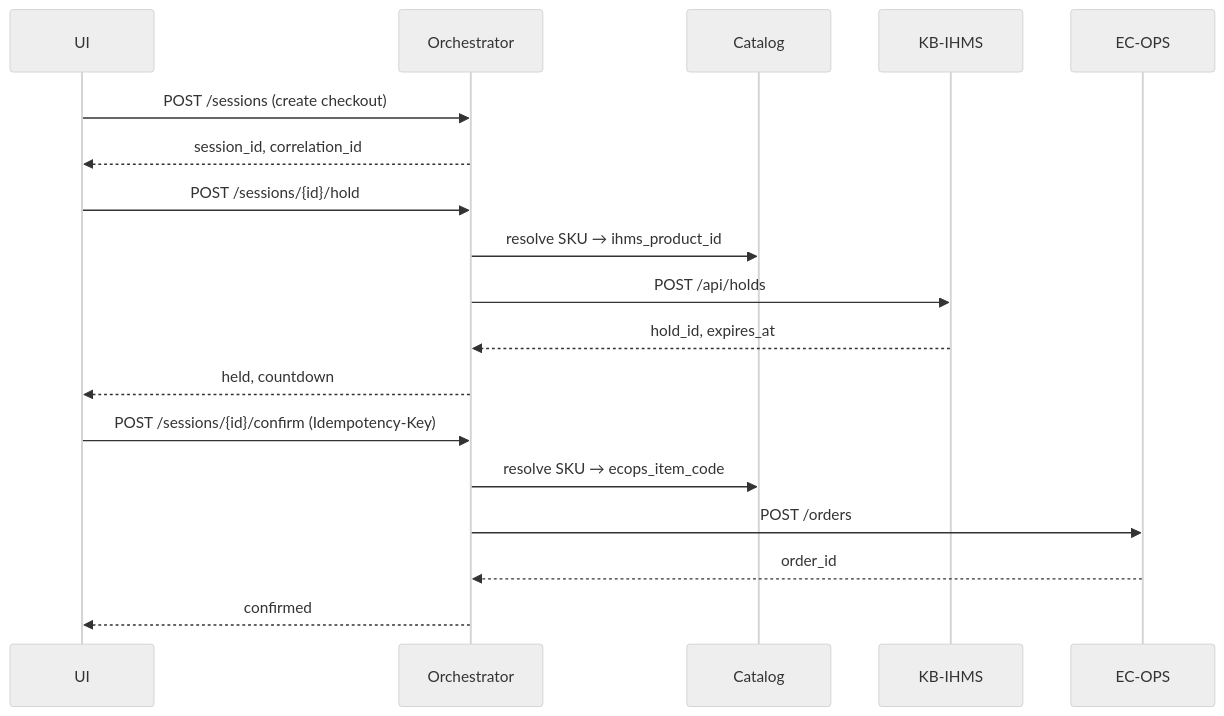
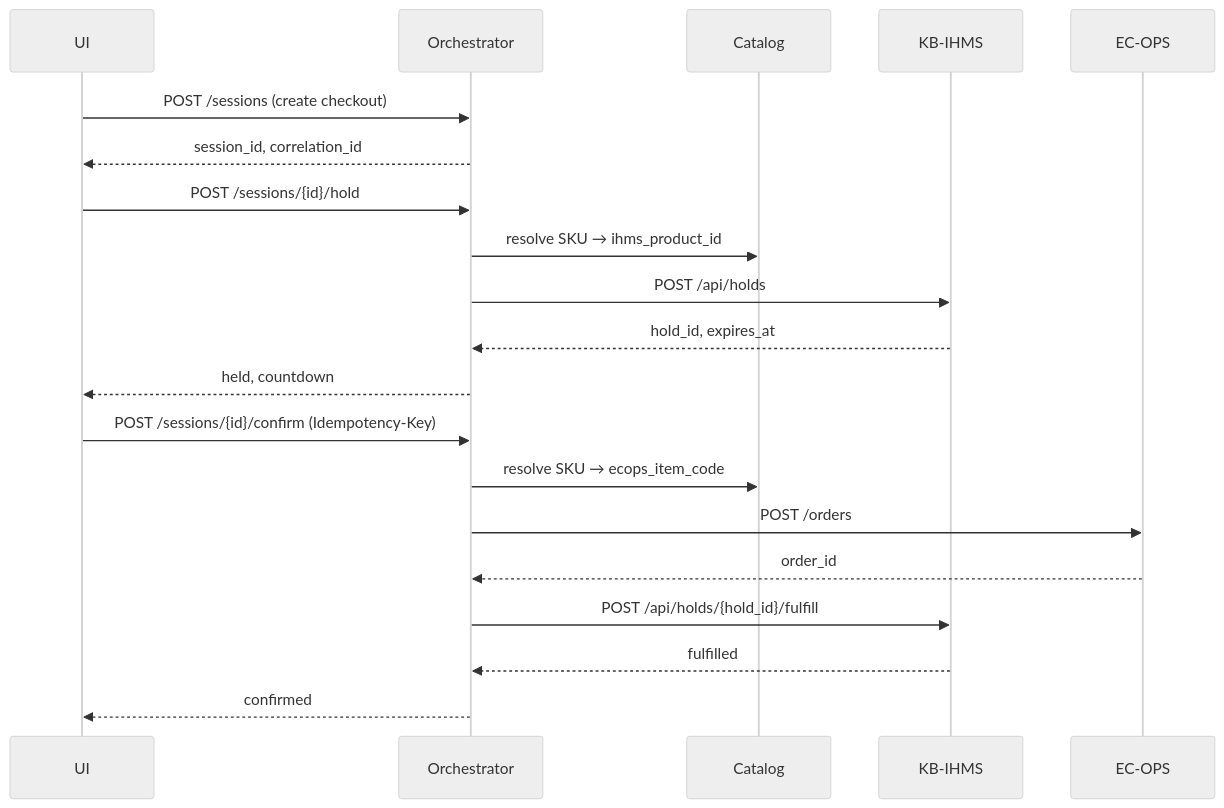
One commit to iamkaranvalecha/IHMS-OMS changed the diagram in docs/sequences/checkout.md. Above: the diagram before and after it, drawn with Mermaid (neutral theme). The commit also changed other lines of this file and 3 other files, not shown here.

Commit message:
fix(saga): defer confirmation when hold fulfill fails

````diff
--- a/docs/sequences/checkout.md
+++ b/docs/sequences/checkout.md
@@ -17,23 +17,25 @@
 ```mermaid
 sequenceDiagram
   participant UI
   participant API as Orchestrator
   participant CAT as Catalog
   participant IHMS as KB-IHMS
   participant OPS as EC-OPS
 
   UI->>API: POST /sessions (create checkout)
   API-->>UI: session_id, correlation_id
 
   UI->>API: POST /sessions/{id}/hold
   API->>CAT: resolve SKU → ihms_product_id
   API->>IHMS: POST /api/holds
   IHMS-->>API: hold_id, expires_at
   API-->>UI: held, countdown
 
   UI->>API: POST /sessions/{id}/confirm (Idempotency-Key)
   API->>CAT: resolve SKU → ecops_item_code
   API->>OPS: POST /orders
   OPS-->>API: order_id
+  API->>IHMS: POST /api/holds/{hold_id}/fulfill
+  IHMS-->>API: fulfilled
   API-->>UI: confirmed
 ```
````
